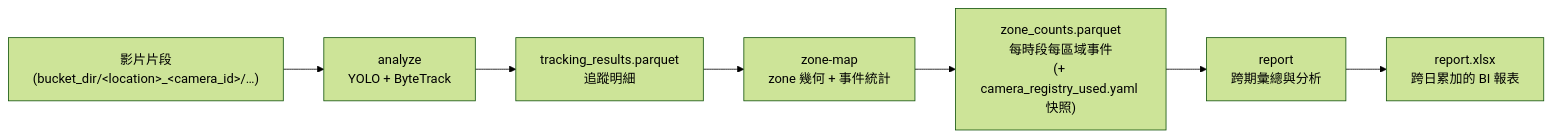
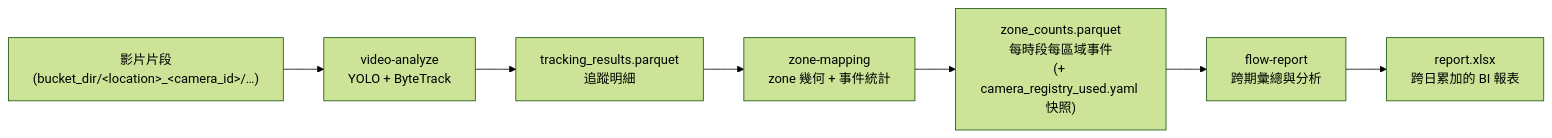
One commit to ivansu-eslite/video-flow-analytics changed the diagram in README.md. Above: the diagram before and after it, drawn with Mermaid (forest theme). The commit also changed other lines of this file and 1 other file, not shown here.

````diff
--- a/README.md
+++ b/README.md
@@ -26,12 +33,12 @@
 ```mermaid
 flowchart LR
     V["影片片段<br/>(bucket_dir/&lt;location&gt;_&lt;camera_id&gt;/…)"]
-    A["analyze<br/>YOLO + ByteTrack"]
+    A["video-analyze<br/>YOLO + ByteTrack"]
     T["tracking_results.parquet<br/>追蹤明細"]
-    Z["zone-map<br/>zone 幾何 + 事件統計"]
+    Z["zone-mapping<br/>zone 幾何 + 事件統計"]
     C["zone_counts.parquet<br/>每時段每區域事件<br/>(+ camera_registry_used.yaml 快照)"]
-    R["report<br/>跨期彙總與分析"]
+    R["flow-report<br/>跨期彙總與分析"]
     X["report.xlsx<br/>跨日累加的 BI 報表"]
 
     V --> A --> T --> Z --> C --> R --> X
 ```
````
